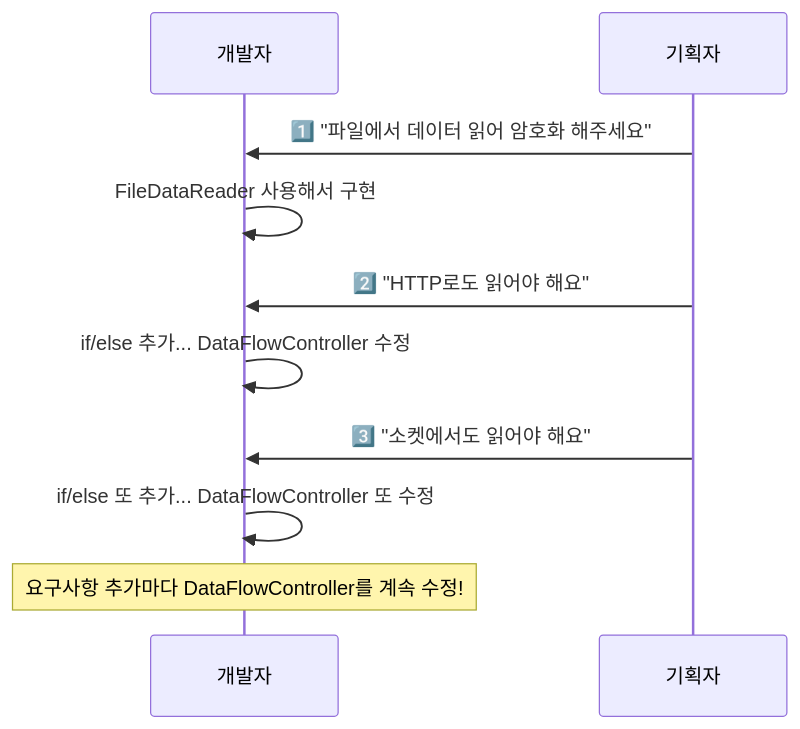
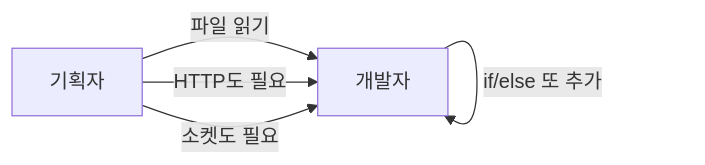
The second of 6 diagrams in _posts/java/2021-11-14-java-objects2.md (yjkim2015/yjkim2015.github.io), drawn with Mermaid before and after one commit. The commit also changed 9 other files, not shown here.

````diff
--- a/_posts/java/2021-11-14-java-objects2.md
+++ b/_posts/java/2021-11-14-java-objects2.md
@@ -58,12 +58,9 @@
 ```mermaid
-sequenceDiagram
-    participant Dev as 개발자
-    participant PM as 기획자
-    PM->>Dev: 1️⃣ "파일에서 데이터 읽어 암호화 해주세요"
-    Dev->>Dev: FileDataReader 사용해서 구현
-    PM->>Dev: 2️⃣ "HTTP로도 읽어야 해요"
-    Dev->>Dev: if/else 추가... DataFlowController 수정
-    PM->>Dev: 3️⃣ "소켓에서도 읽어야 해요"
-    Dev->>Dev: if/else 또 추가... DataFlowController 또 수정
-    Note over Dev: 요구사항 추가마다 DataFlowController를 계속 수정!
+graph LR
+    PM["기획자"] -->|"파일 읽기"| Dev["개발자"]
+    Dev -->|"FileDataReader 구현"| Dev
+    PM -->|"HTTP도 필요"| Dev
+    Dev -->|"if/else 추가"| Dev
+    PM -->|"소켓도 필요"| Dev
+    Dev -->|"if/else 또 추가"| Dev
 ```
````
